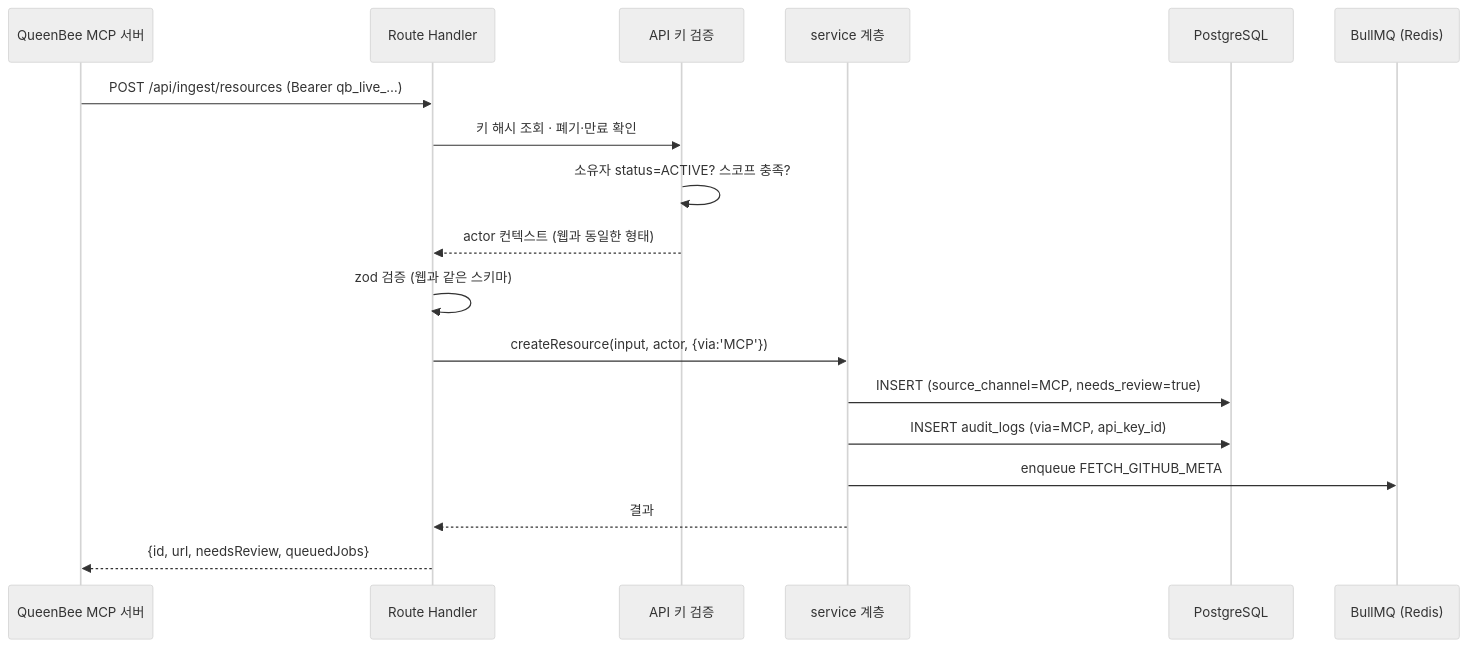
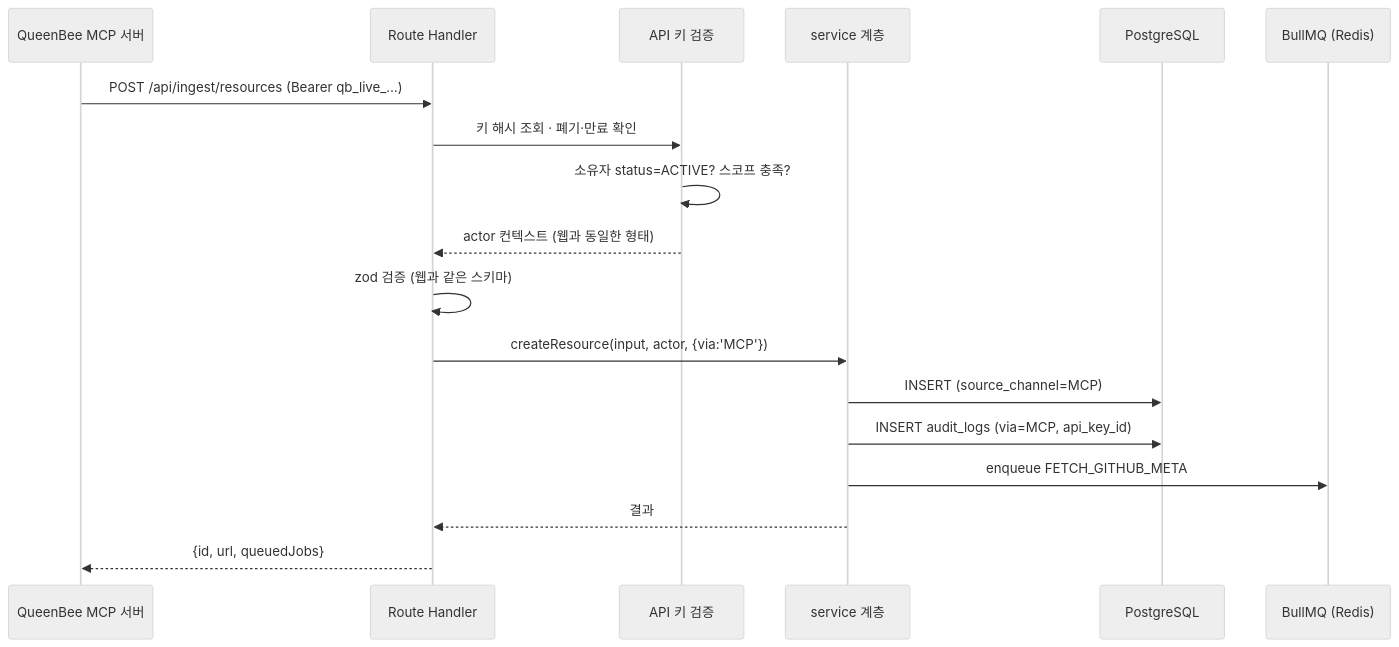
Before and after one commit to anerjin/private_project_myteam: the fourth of 4 diagrams in _docs/02.개발설계/01_시스템_아키텍처.md, drawn with Mermaid (neutral theme). The commit also changed other lines of this file and 40 other files, not shown here.

````diff
--- a/_docs/02.개발설계/01_시스템_아키텍처.md
+++ b/_docs/02.개발설계/01_시스템_아키텍처.md
@@ -156,21 +156,21 @@
 ```mermaid
 sequenceDiagram
     participant M as QueenBee MCP 서버
     participant H as Route Handler
     participant K as API 키 검증
     participant S as service 계층
     participant D as PostgreSQL
     participant Q as BullMQ (Redis)
 
     M->>H: POST /api/ingest/resources (Bearer qb_live_…)
     H->>K: 키 해시 조회 · 폐기·만료 확인
     K->>K: 소유자 status=ACTIVE? 스코프 충족?
     K-->>H: actor 컨텍스트 (웹과 동일한 형태)
     H->>H: zod 검증 (웹과 같은 스키마)
     H->>S: createResource(input, actor, {via:'MCP'})
-    S->>D: INSERT (source_channel=MCP, needs_review=true)
+    S->>D: INSERT (source_channel=MCP)
     S->>D: INSERT audit_logs (via=MCP, api_key_id)
     S->>Q: enqueue FETCH_GITHUB_META
     S-->>H: 결과
-    H-->>M: {id, url, needsReview, queuedJobs}
+    H-->>M: {id, url, queuedJobs}
 ```
````
